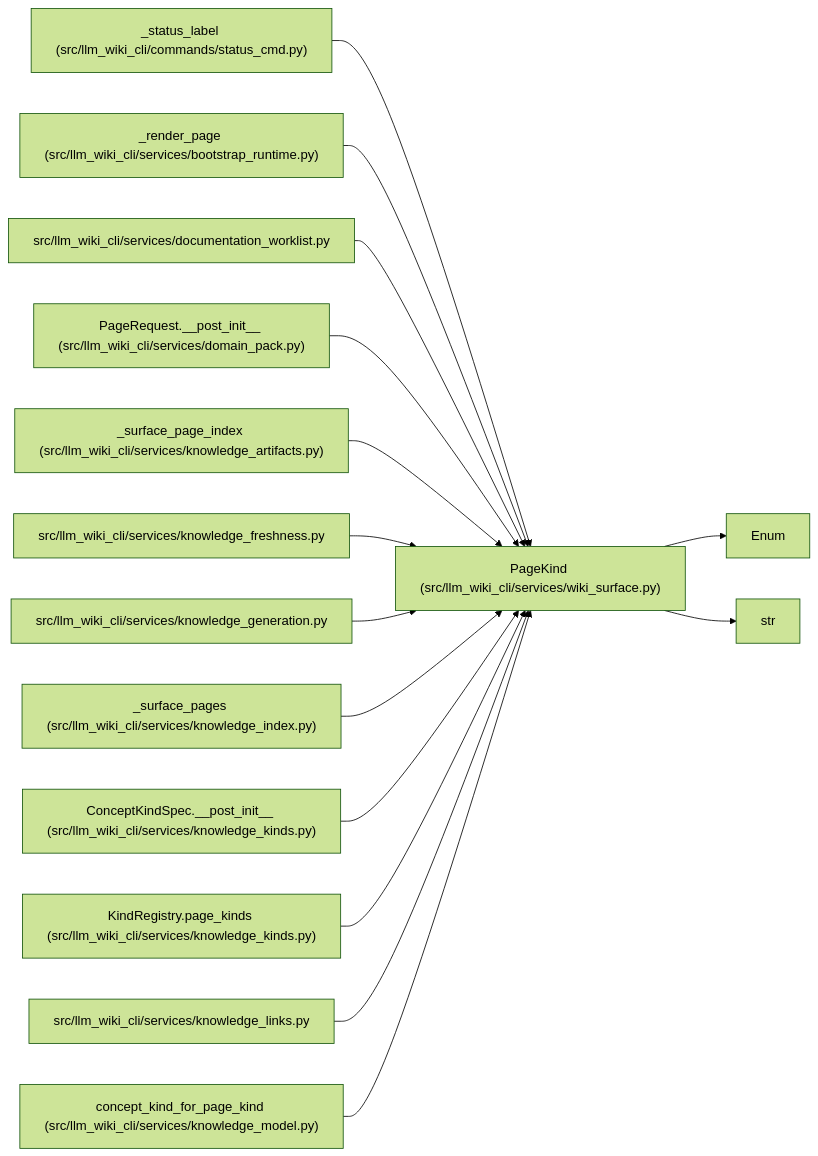
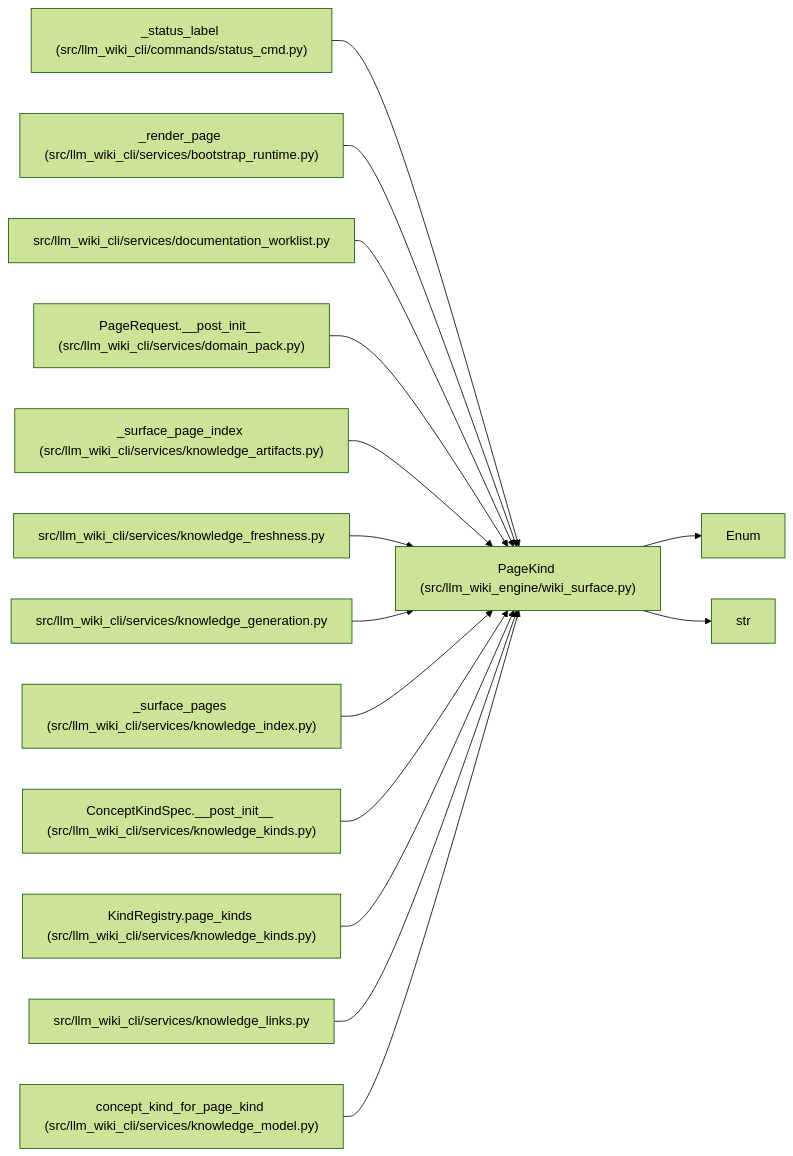
One commit to Denissvgn/python-wiki-llm changed the diagram in docs/llm_wiki/entities/PageKind.md. Above: the diagram before and after it, drawn with Mermaid (forest theme). The commit also changed other lines of this file and 1103 other files, not shown here.

First line of the commit message:
docs: refresh the wiki for the llm-wiki-engine distribution

````diff
--- a/docs/llm_wiki/entities/PageKind.md
+++ b/docs/llm_wiki/entities/PageKind.md
@@ -35,45 +35,45 @@
 ```mermaid
 flowchart LR
-    n0["PageKind (src/llm_wiki_cli/services/wiki_surface.py)"]
+    n0["PageKind (src/llm_wiki_engine/wiki_surface.py)"]
     n1["Enum"]
     n2["str"]
     n3["_status_label (src/llm_wiki_cli/commands/status_cmd.py)"]
     n4["_render_page (src/llm_wiki_cli/services/bootstrap_runtime.py)"]
     n5["src/llm_wiki_cli/services/documentation_worklist.py"]
     n6["PageRequest.__post_init__ (src/llm_wiki_cli/services/domain_pack.py)"]
     n7["_surface_page_index (src/llm_wiki_cli/services/knowledge_artifacts.py)"]
     n8["src/llm_wiki_cli/services/knowledge_freshness.py"]
     n9["src/llm_wiki_cli/services/knowledge_generation.py"]
     n10["_surface_pages (src/llm_wiki_cli/services/knowledge_index.py)"]
     n11["ConceptKindSpec.__post_init__ (src/llm_wiki_cli/services/knowledge_kinds.py)"]
     n12["KindRegistry.page_kinds (src/llm_wiki_cli/services/knowledge_kinds.py)"]
     n13["src/llm_wiki_cli/services/knowledge_links.py"]
     n14["concept_kind_for_page_kind (src/llm_wiki_cli/services/knowledge_model.py)"]
     n0 --> n1
     n0 --> n2
     n3 --> n0
     n4 --> n0
     n5 --> n0
     n6 --> n0
     n7 --> n0
     n8 --> n0
     n9 --> n0
     n10 --> n0
     n11 --> n0
     n12 --> n0
     n13 --> n0
     n14 --> n0
     click n0 "../modules/wiki_surface.md"
     click n3 "../modules/status_cmd.md"
     click n4 "../modules/bootstrap_runtime.md"
     click n5 "../modules/documentation_worklist.md"
     click n6 "../modules/domain_pack.md"
     click n7 "../modules/knowledge_artifacts.md"
     click n8 "../modules/knowledge_freshness.md"
     click n9 "../modules/knowledge_generation.md"
     click n10 "../modules/knowledge_index.md"
     click n11 "../modules/knowledge_kinds.md"
     click n12 "../modules/knowledge_kinds.md"
     click n13 "../modules/knowledge_links.md"
     click n14 "../modules/knowledge_model.md"
 ```
````
